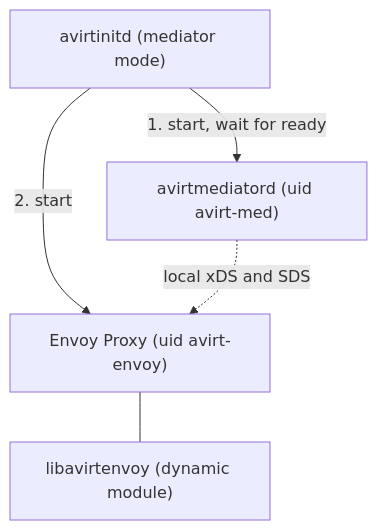
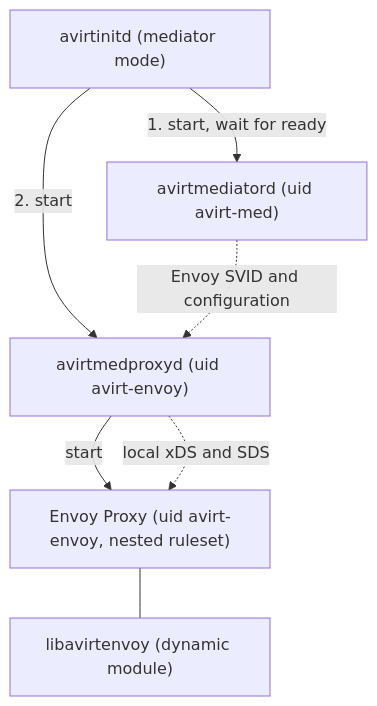
The second of 4 diagrams in docs/components.md (tbhb-dev/avirt), drawn with Mermaid before and after one commit. The commit also changed other lines of this file and 61 other files, not shown here.

First line of the commit message:
docs: design the avirt component architecture

````diff
--- a/docs/components.md
+++ b/docs/components.md
@@ -212,11 +184,14 @@
 ```mermaid
 flowchart TD
     init["avirtinitd (mediator mode)"]
     med["avirtmediatord (uid avirt-med)"]
-    envoy["Envoy Proxy (uid avirt-envoy)"]
+    mp["avirtmedproxyd (uid avirt-envoy)"]
+    envoy["Envoy Proxy (uid avirt-envoy, nested ruleset)"]
     lib["libavirtenvoy (dynamic module)"]
     init -->|"1. start, wait for ready"| med
-    init -->|"2. start"| envoy
-    med -.->|"local xDS and SDS"| envoy
+    init -->|"2. start"| mp
+    mp -->|"start"| envoy
+    med -.->|"Envoy SVID and configuration"| mp
+    mp -.->|"local xDS and SDS"| envoy
     envoy --- lib
 ```
````
